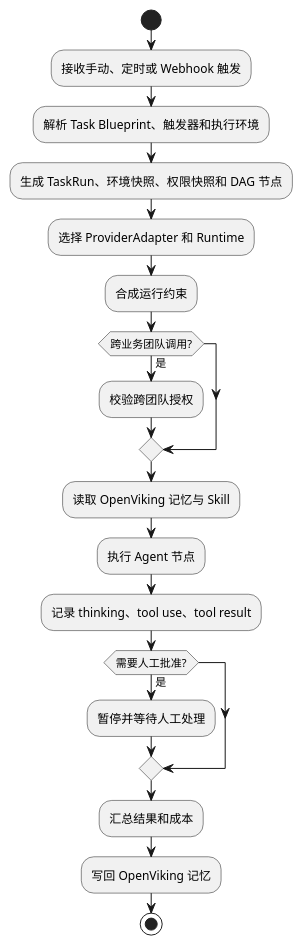
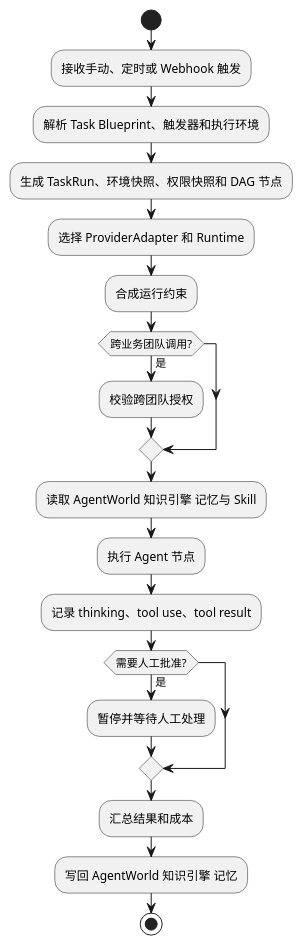
The second of 5 diagrams in docs/system-design.zh-CN.md (SimonMing47/agent-world), drawn with PlantUML before and after one commit. The commit also changed other lines of this file and 224 other files, not shown here.

Commit message:
Replace OpenViking with native knowledge engine

````diff
--- a/docs/system-design.zh-CN.md
+++ b/docs/system-design.zh-CN.md
@@ -65,22 +65,22 @@
 ```plantuml
 @startuml
 start
 :接收手动、定时或 Webhook 触发;
 :解析 Task Blueprint、触发器和执行环境;
 :生成 TaskRun、环境快照、权限快照和 DAG 节点;
 :选择 ProviderAdapter 和 Runtime;
 :合成运行约束;
 if (跨业务团队调用?) then (是)
   :校验跨团队授权;
 endif
-:读取 OpenViking 记忆与 Skill;
+:读取 AgentWorld 知识引擎 记忆与 Skill;
 :执行 Agent 节点;
 :记录 thinking、tool use、tool result;
 if (需要人工批准?) then (是)
   :暂停并等待人工处理;
 endif
 :汇总结果和成本;
-:写回 OpenViking 记忆;
+:写回 AgentWorld 知识引擎 记忆;
 stop
 @enduml
 ```
````
